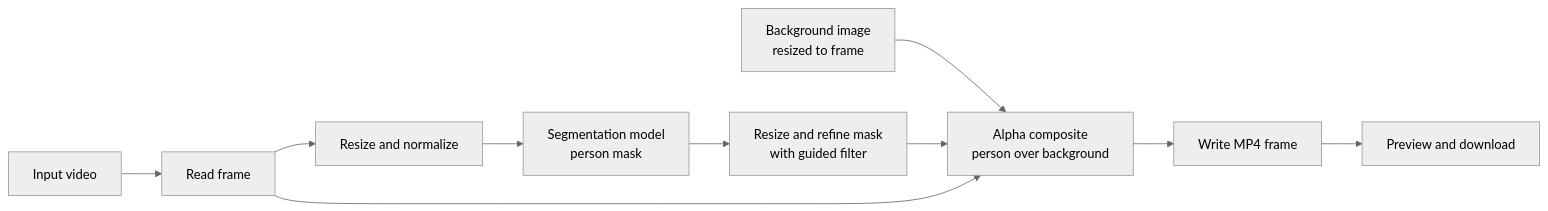
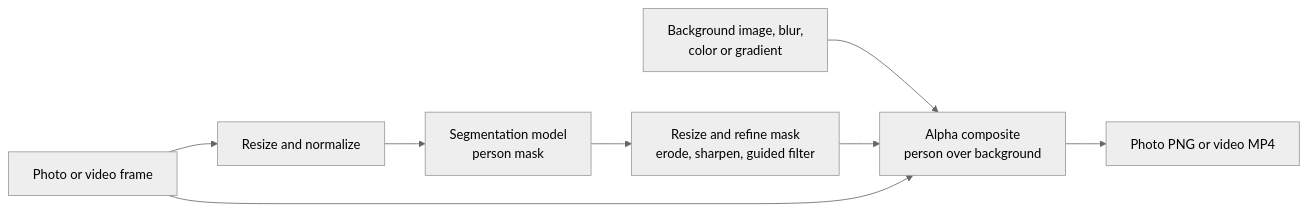
Before and after one commit to Rufaida-Kassem/background_changer: the diagram in README.md, drawn with Mermaid (neutral theme). The commit also changed other lines of this file and 2 other files, not shown here.

Commit message:
Update README for clarity on U-Net model; add demo images for pipeline and video processing

````diff
--- a/README.md
+++ b/README.md
@@ -37,12 +41,10 @@
 ```mermaid
 flowchart LR
-    B[Input video] --> C[Read frame]
-    C --> E[Resize and normalize]
+    B[Photo or video frame] --> E[Resize and normalize]
     E --> M[Segmentation model<br/>person mask]
-    M --> S[Resize and refine mask<br/>with guided filter]
-    A[Background image<br/>resized to frame] --> D
+    M --> S[Resize and refine mask<br/>erode, sharpen, guided filter]
+    A[Background image, blur,<br/>color or gradient] --> D
     S --> D[Alpha composite<br/>person over background]
-    C --> D
-    D --> F[Write MP4 frame]
-    F --> G[Preview and download]
+    B --> D
+    D --> F[Photo PNG or video MP4]
 ```
````
